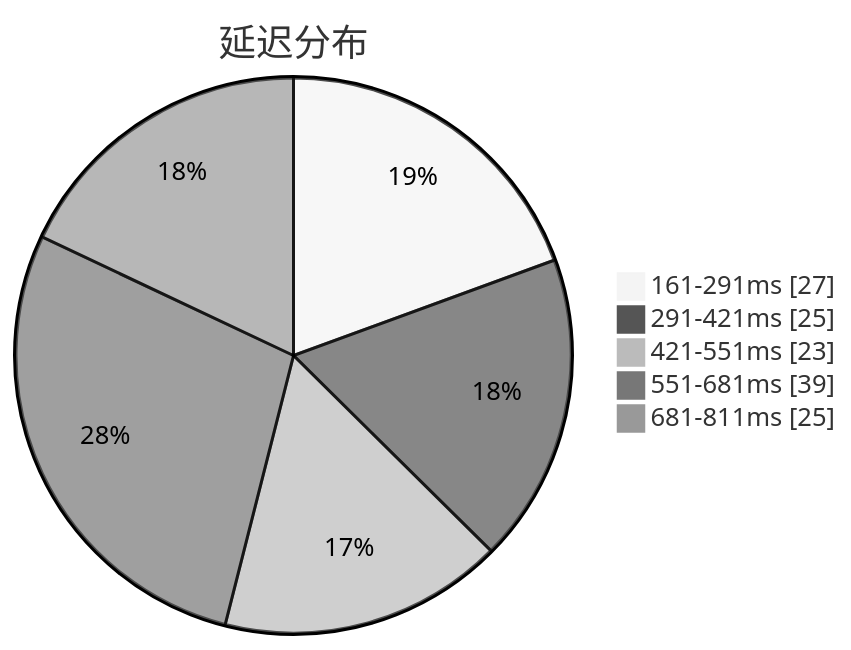
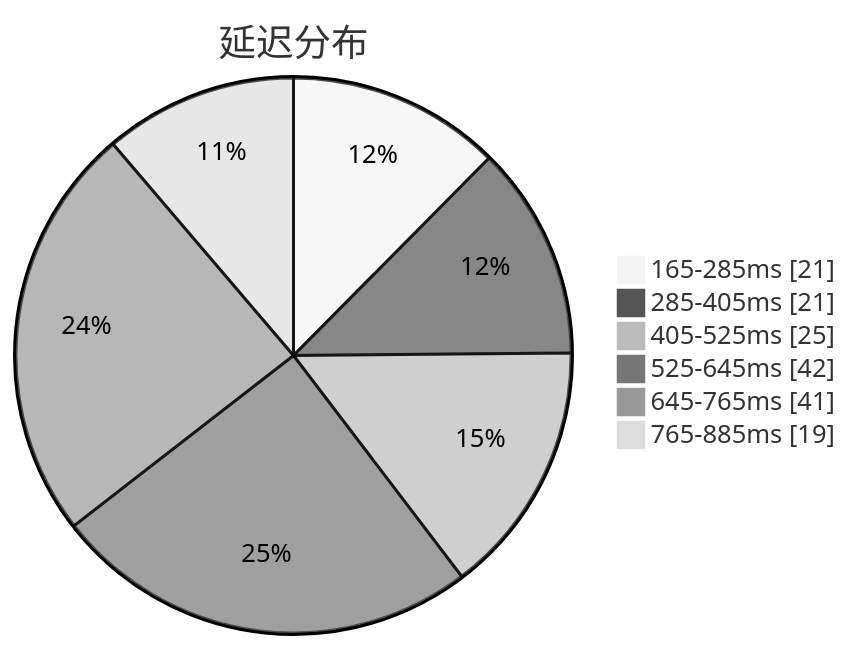
One commit to qjlxg/airport changed the first of 3 diagrams in subs/statistics/tested_within.md. Above: the diagram before and after it, drawn with Mermaid (neutral theme). The commit also changed other lines of this file and 2 other files, not shown here.

````diff
--- a/subs/statistics/tested_within.md
+++ b/subs/statistics/tested_within.md
@@ -2,9 +2,10 @@
 ```mermaid
 pie showData
 title 延迟分布
-"161-291ms" : 27
-"291-421ms" : 25
-"421-551ms" : 23
-"551-681ms" : 39
-"681-811ms" : 25
+"165-285ms" : 21
+"285-405ms" : 21
+"405-525ms" : 25
+"525-645ms" : 42
+"645-765ms" : 41
+"765-885ms" : 19
 ```
````
